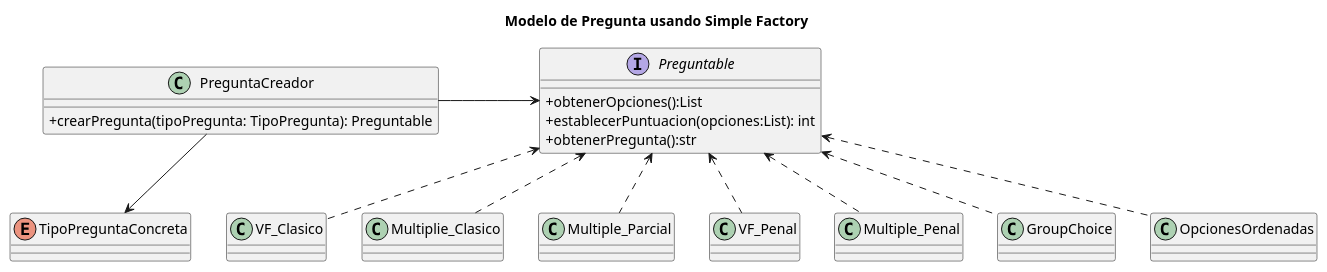
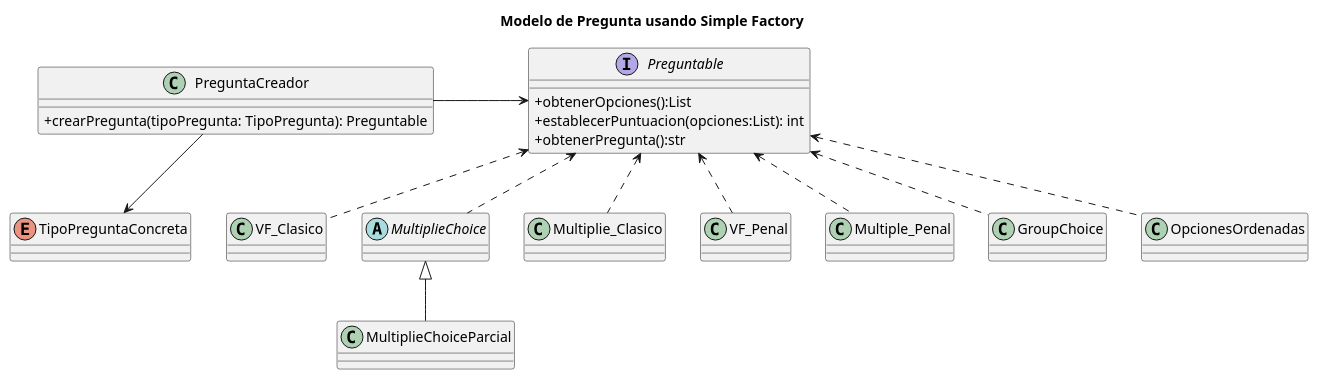
The diagram in doc/Diagramas/Diagramas_Clase/pregunta/pregunta.plantuml (gylopezgiles/TP2), drawn with PlantUML before and after one commit.

Commit message:
actualizo diagramas de clase

```diff
--- a/doc/Diagramas/Diagramas_Clase/pregunta/pregunta.plantuml
+++ b/doc/Diagramas/Diagramas_Clase/pregunta/pregunta.plantuml
@@ -2,64 +2,69 @@
 @startuml
 title Modelo de Pregunta usando Simple Factory
 skinparam classAttributeIconSize 0
 
 class PreguntaCreador{
     + crearPregunta(tipoPregunta: TipoPregunta): Preguntable
 }
 
 interface Preguntable{
     + obtenerOpciones():List
     + establecerPuntuacion(opciones:List): int
     + obtenerPregunta():str
 }
 
 enum TipoPreguntaConcreta{
 }
 
 
 ' sin penalidad
 class VF_Clasico{
 }
 
+abstract class MultiplieChoice{
+
+}
+
 class Multiplie_Clasico{
 
 }
 
-class Multiple_Parcial{
+class MultiplieChoiceParcial{
     
 }
 
 
 ' con penalidad
 class VF_Penal{
 }
 
 class Multiple_Penal{
 }
 
 
 ' Especiales
 class GroupChoice{
 }
 
 class OpcionesOrdenadas{
 }
 
 
 PreguntaCreador -down->TipoPreguntaConcreta
 PreguntaCreador -> Preguntable
 
 ' Preg_Penal
 Preguntable <.. VF_Penal
 Preguntable <.. Multiple_Penal
 
 
 ' Pregun_Sin_Penal
 Preguntable <.. VF_Clasico
 Preguntable <.. Multiplie_Clasico
-Preguntable <.. Multiple_Parcial
+Preguntable <.. MultiplieChoice
+MultiplieChoice <|-- MultiplieChoiceParcial
 
 Preguntable <.. GroupChoice
 Preguntable <.. OpcionesOrdenadas
 
 @enduml
```
